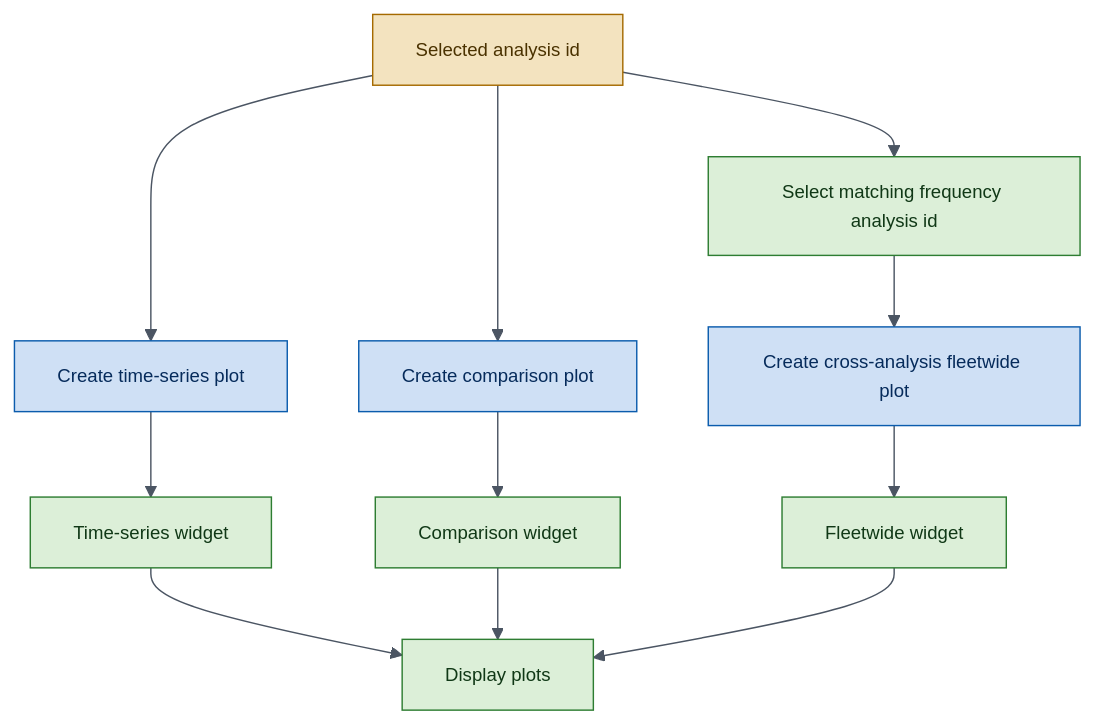
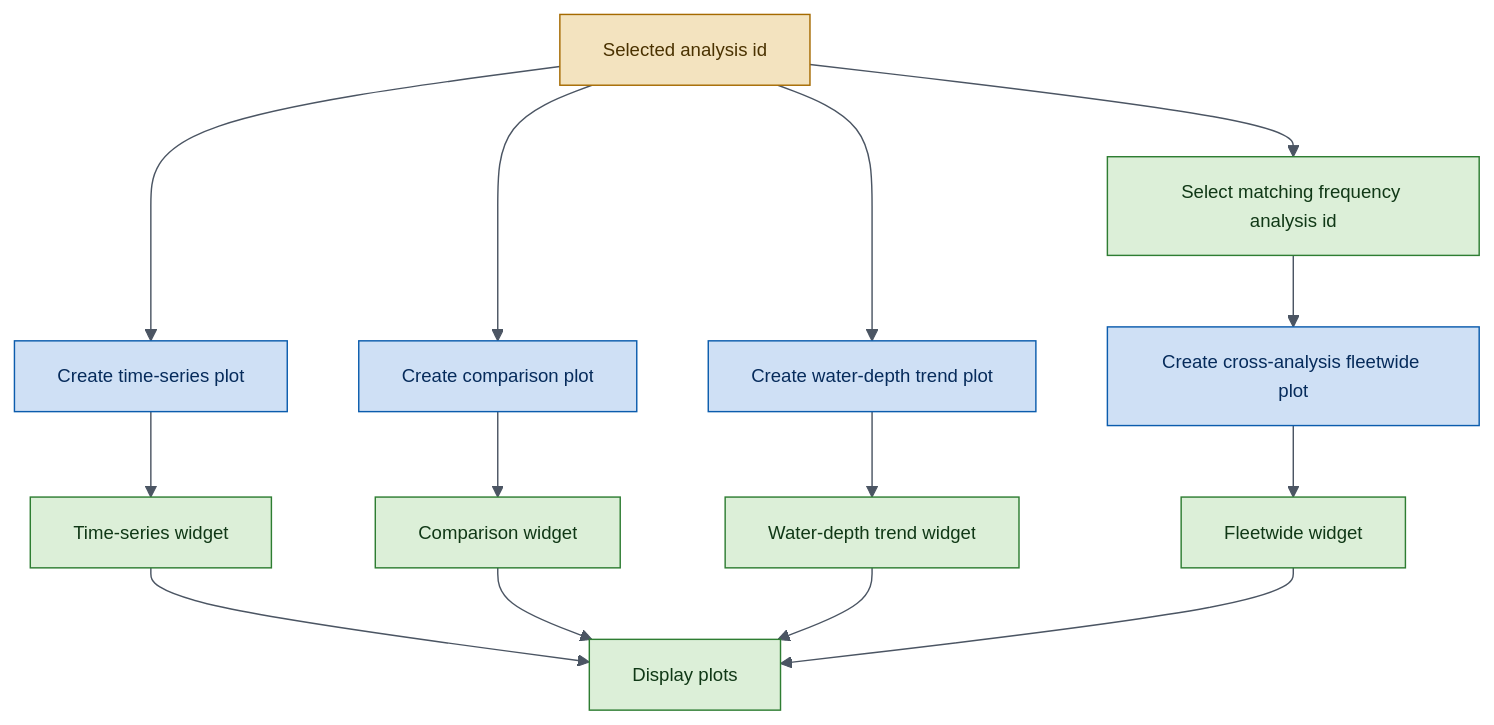
Before and after one commit to OWI-Lab/owi-metadatabase-results-sdk: the fifth of 5 diagrams in docs/tutorials/lifetime-design-verification.md, drawn with Mermaid. The commit also changed other lines of this file and 9 other files, not shown here.

Commit message:
add: plot verification frequencies against water depth

````diff
--- a/docs/tutorials/lifetime-design-verification.md
+++ b/docs/tutorials/lifetime-design-verification.md
@@ -364,27 +368,30 @@
 ```mermaid
 %%{init: {'theme': 'base', 'themeVariables': {
   'fontSize': 'small',
   'lineColor': '#4B5563',
   'clusterBkg': '#F8FAFC',
   'clusterBorder': '#CBD5E1'
 }}}%%
 graph TD
     A["Selected analysis id"] --> B["Create time-series plot"]
     A --> C["Create comparison plot"]
-    A --> D["Select matching frequency analysis id"]
-    B --> E["Time-series widget"]
-    C --> F["Comparison widget"]
-    D --> G["Create cross-analysis fleetwide plot"]
-    G --> H["Fleetwide widget"]
-    E --> I["Display plots"]
-    F --> I
-    H --> I
+    A --> D["Create water-depth trend plot"]
+    A --> E["Select matching frequency analysis id"]
+    B --> F["Time-series widget"]
+    C --> G["Comparison widget"]
+    D --> H["Water-depth trend widget"]
+    E --> I["Create cross-analysis fleetwide plot"]
+    I --> J["Fleetwide widget"]
+    F --> K["Display plots"]
+    G --> K
+    H --> K
+    J --> K
 
     classDef api fill:#CFE0F5,stroke:#0B5CAD,color:#062B5B;
     classDef keep fill:#DCEFD8,stroke:#2E7D32,color:#103816;
     classDef build fill:#F3E3BF,stroke:#A56A00,color:#4A3200;
 
-    class B,C,G api;
-    class D,E,F,H,I keep;
+    class B,C,D,I api;
+    class E,F,G,H,J,K keep;
     class A build;
 ```
````
